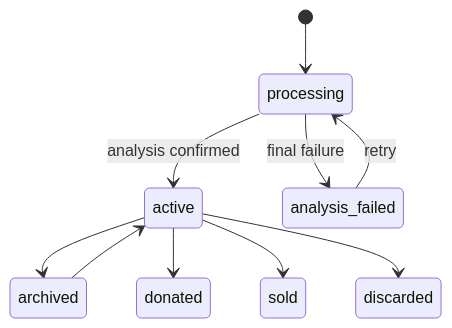
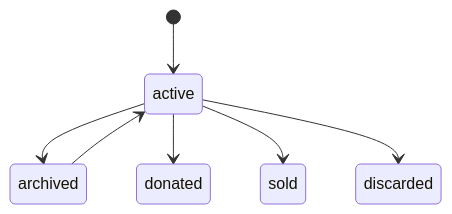
Before and after one commit to Just-Exit/cloth-vision-api: the third of 4 diagrams in guide/DOMAIN.md, drawn with Mermaid. The commit also changed other lines of this file and 6 other files, not shown here.

Commit message:
docs(db): align roadmap and schema diagrams

````diff
--- a/guide/DOMAIN.md
+++ b/guide/DOMAIN.md
@@ -119,12 +129,9 @@
 ```mermaid
 stateDiagram-v2
-    [*] --> processing
-    processing --> active: analysis confirmed
-    processing --> analysis_failed: final failure
-    analysis_failed --> processing: retry
+    [*] --> active
     active --> archived
     active --> donated
     active --> sold
     active --> discarded
     archived --> active
 ```
````
